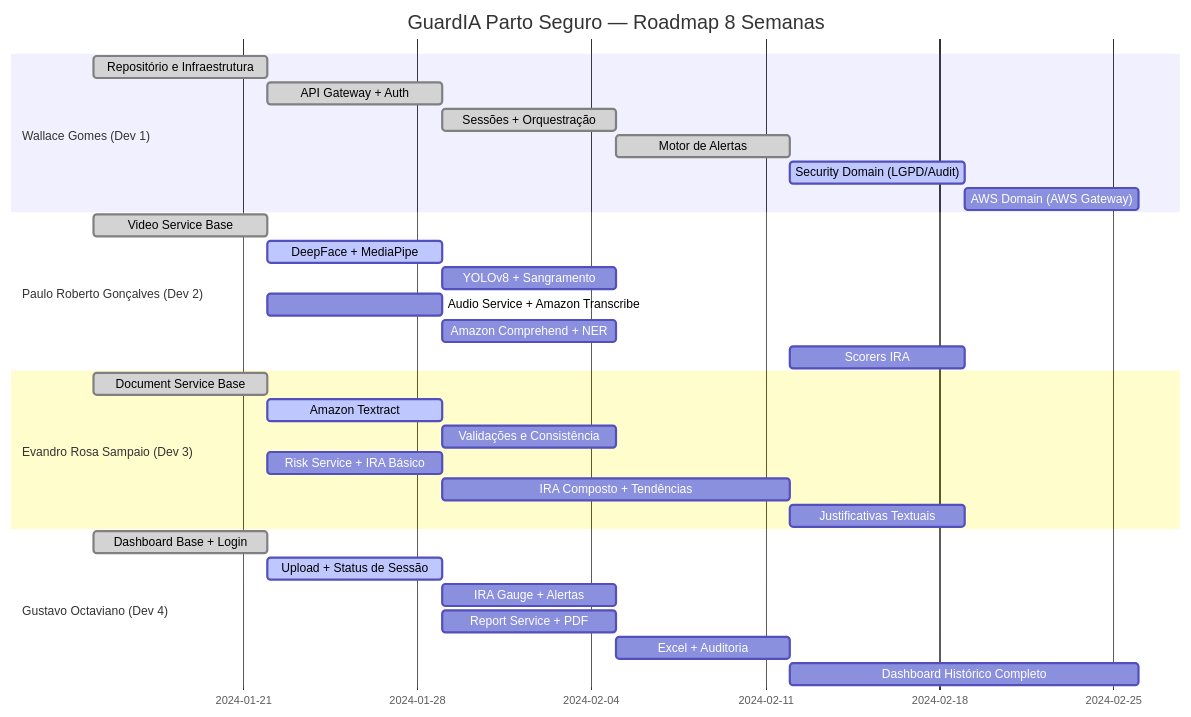
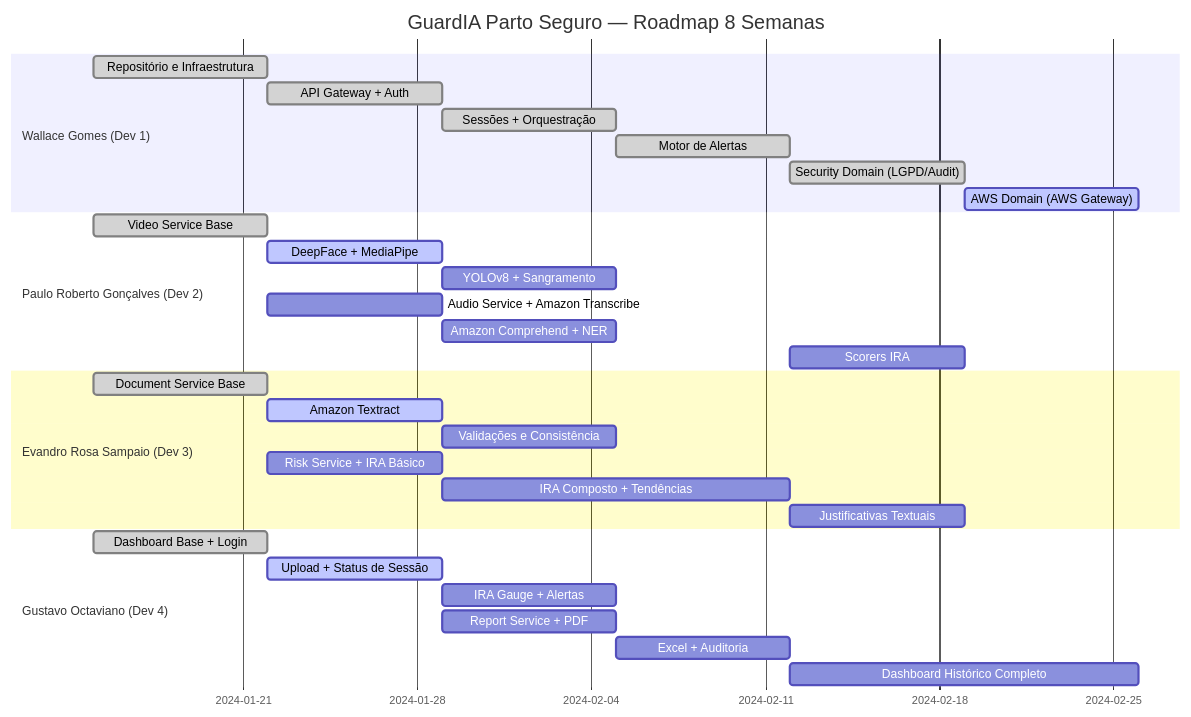
One commit to Wallace82/guardia-parto-seguro changed the diagram in docs/ROADMAP.md. Above: the diagram before and after it, drawn with Mermaid. The commit also changed 33 other files, not shown here.

Commit message:
feat: establish multi-domain microservices architecture with AWS integration, local infrastructure, and S3 management support

````diff
--- a/docs/ROADMAP.md
+++ b/docs/ROADMAP.md
@@ -9,36 +9,36 @@
 ```mermaid
 gantt
     title GuardIA Parto Seguro — Roadmap 8 Semanas
     dateFormat  YYYY-MM-DD
     section Wallace Gomes (Dev 1)
     Repositório e Infraestrutura     :done, a1, 2024-01-15, 7d
     API Gateway + Auth               :done, a2, after a1, 7d
     Sessões + Orquestração           :done, a3, after a2, 7d
     Motor de Alertas                 :done, a4, after a3, 7d
-    Security Domain (LGPD/Audit)     :active, a5, after a4, 7d
-    AWS Domain (AWS Gateway)         :a6, after a5, 7d
+    Security Domain (LGPD/Audit)     :done, a5, after a4, 7d
+    AWS Domain (AWS Gateway)         :active, a6, after a5, 7d
 
     section Paulo Roberto Gonçalves (Dev 2)
     Video Service Base               :done, b1, 2024-01-15, 7d
     DeepFace + MediaPipe             :active, b2, after b1, 7d
     YOLOv8 + Sangramento             :b3, after b2, 7d
     Audio Service + Amazon Transcribe:b4, 2024-01-22, 7d
     Amazon Comprehend + NER          :b5, after b4, 7d
     Scorers IRA                      :b6, 2024-02-12, 7d
 
     section Evandro Rosa Sampaio (Dev 3)
     Document Service Base            :done, c1, 2024-01-15, 7d
     Amazon Textract                  :active, c2, after c1, 7d
     Validações e Consistência        :c3, after c2, 7d
     Risk Service + IRA Básico        :c4, 2024-01-22, 7d
     IRA Composto + Tendências        :c5, after c4, 14d
     Justificativas Textuais          :c6, 2024-02-12, 7d
 
     section Gustavo Octaviano (Dev 4)
     Dashboard Base + Login           :done, d1, 2024-01-15, 7d
     Upload + Status de Sessão        :active, d2, after d1, 7d
     IRA Gauge + Alertas              :d3, after d2, 7d
     Report Service + PDF             :d4, 2024-01-29, 7d
     Excel + Auditoria                :d5, after d4, 7d
     Dashboard Histórico Completo     :d6, 2024-02-12, 14d
 ```
````
